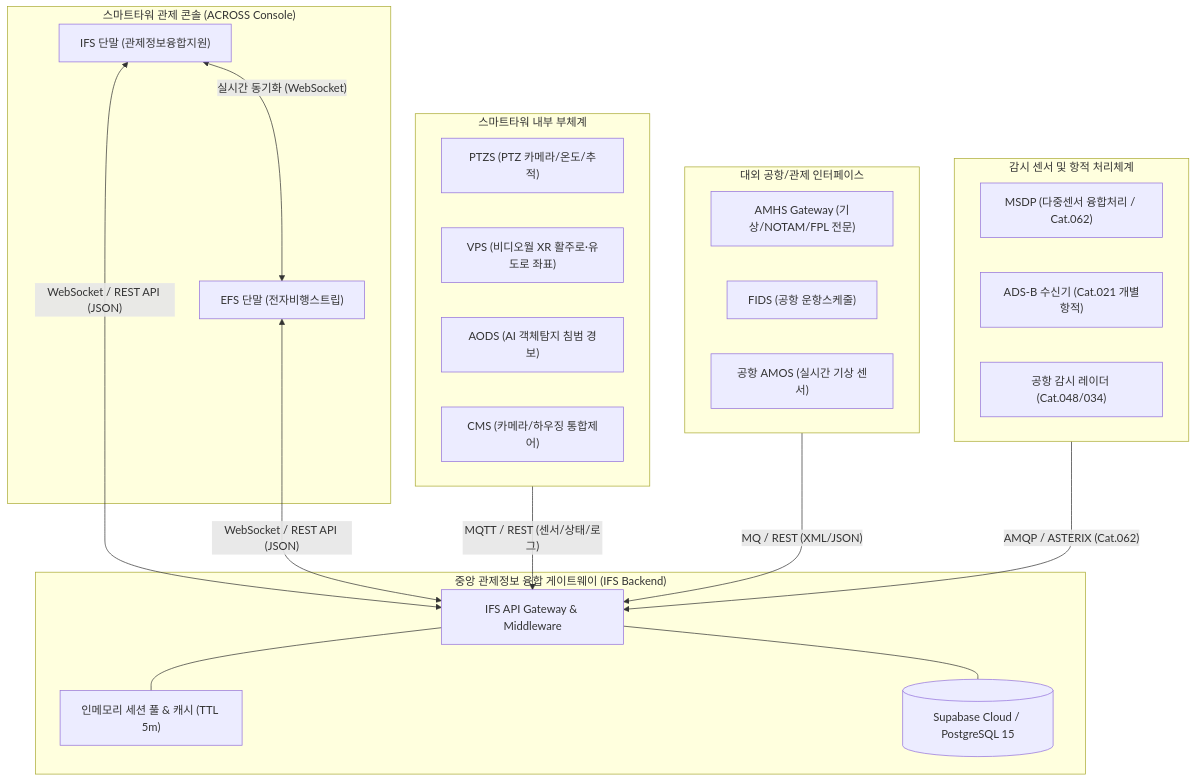
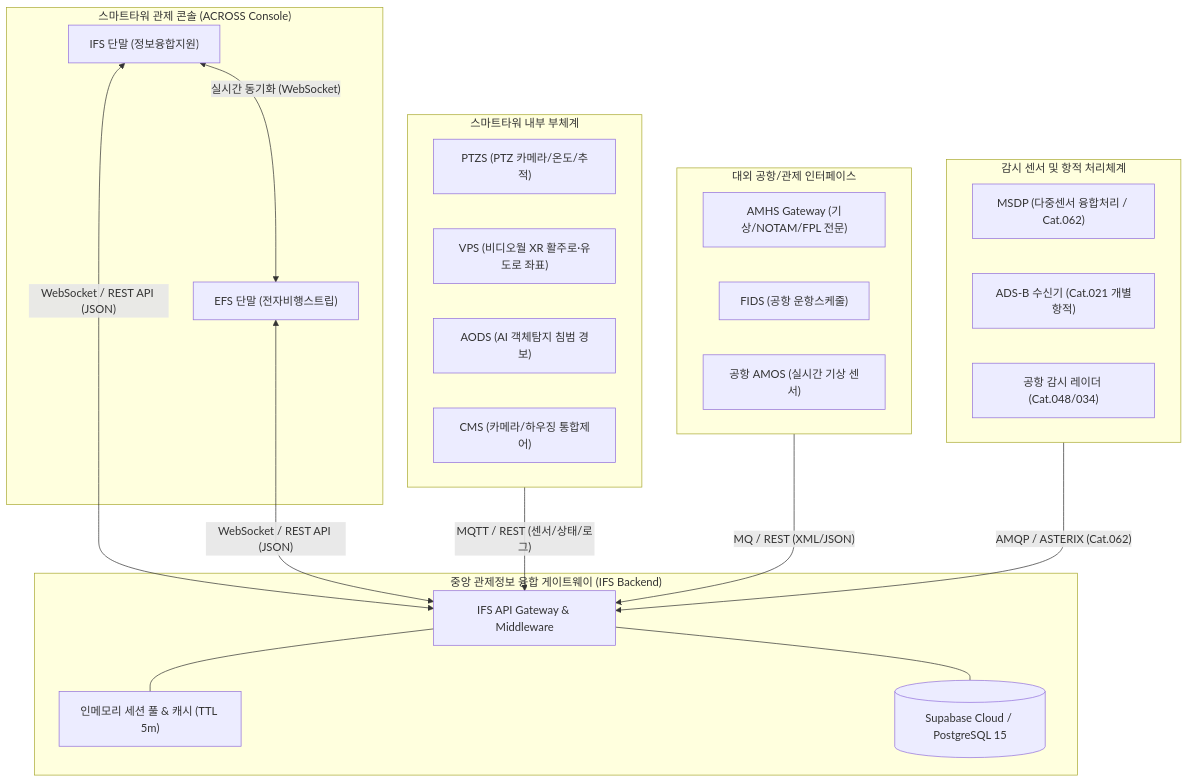
The first of 2 diagrams in docs/IFS_INTERFACE_DESIGN_DESCRIPTION.md (allofdaniel/korean-surveillance), drawn with Mermaid before and after one commit. The commit also changed other lines of this file and 3 other files, not shown here.

Commit message:
fix(ifs): update official naming from 관제정보융합지원 to 정보융합지원 across UI and specifications

````diff
--- a/docs/IFS_INTERFACE_DESIGN_DESCRIPTION.md
+++ b/docs/IFS_INTERFACE_DESIGN_DESCRIPTION.md
@@ -156,42 +156,42 @@
 ```mermaid
 flowchart TD
     subgraph CONSOLE["스마트타워 관제 콘솔 (ACROSS Console)"]
-        IFS["IFS 단말 (관제정보융합지원)"]
+        IFS["IFS 단말 (정보융합지원)"]
         EFS["EFS 단말 (전자비행스트립)"]
         IFS <-->|"실시간 동기화 (WebSocket)"| EFS
     end
 
     subgraph BACKEND["중앙 관제정보 융합 게이트웨이 (IFS Backend)"]
         GW["IFS API Gateway & Middleware"]
         CACHE["인메모리 세션 풀 & 캐시 (TTL 5m)"]
         DB[("Supabase Cloud / PostgreSQL 15")]
         GW --- CACHE
         GW --- DB
     end
 
     subgraph INTERNAL["스마트타워 내부 부체계"]
         PTZS["PTZS (PTZ 카메라/온도/추적)"]
         VPS["VPS (비디오월 XR 활주로·유도로 좌표)"]
         AODS["AODS (AI 객체탐지 침범 경보)"]
         CMS["CMS (카메라/하우징 통합제어)"]
     end
 
     subgraph EXTERNAL["대외 공항/관제 인터페이스"]
         AMHS["AMHS Gateway (기상/NOTAM/FPL 전문)"]
         FIDS["FIDS (공항 운항스케줄)"]
         AMOS["공항 AMOS (실시간 기상 센서)"]
     end
 
     subgraph SURVEILLANCE["감시 센서 및 항적 처리체계"]
         MSDP["MSDP (다중센서 융합처리 / Cat.062)"]
         ADSB["ADS-B 수신기 (Cat.021 개별항적)"]
         RADAR["공항 감시 레이더 (Cat.048/034)"]
     end
 
     IFS <-->|"WebSocket / REST API (JSON)"| GW
     EFS <-->|"WebSocket / REST API (JSON)"| GW
 
     INTERNAL -->|"MQTT / REST (센서/상태/로그)"| GW
     EXTERNAL -->|"MQ / REST (XML/JSON)"| GW
     SURVEILLANCE -->|"AMQP / ASTERIX (Cat.062)"| GW
 ```
````
